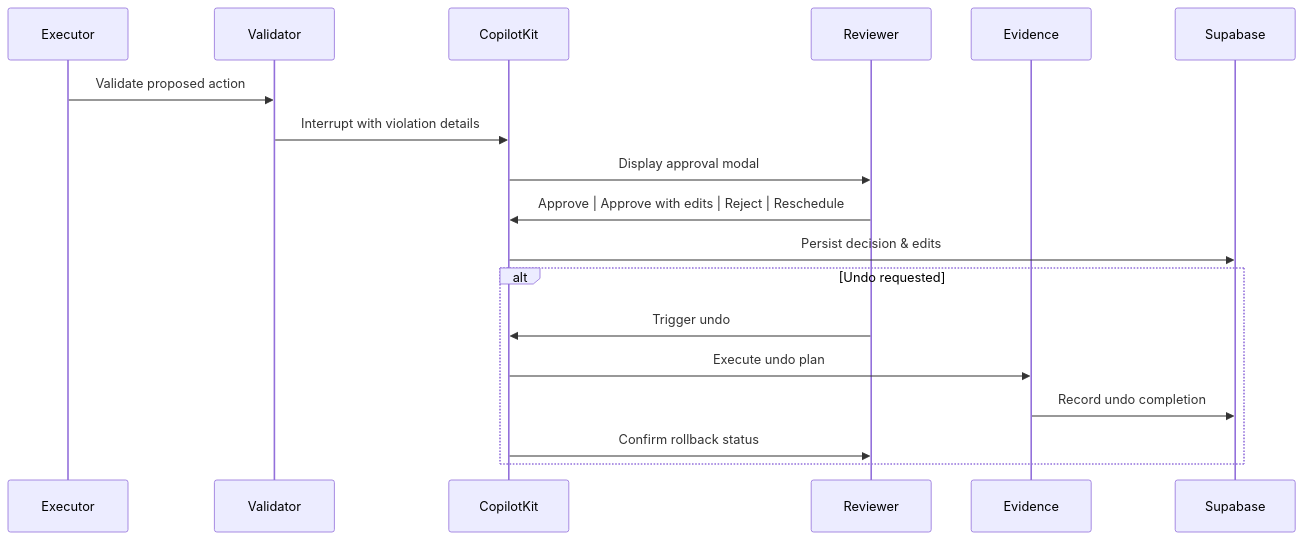
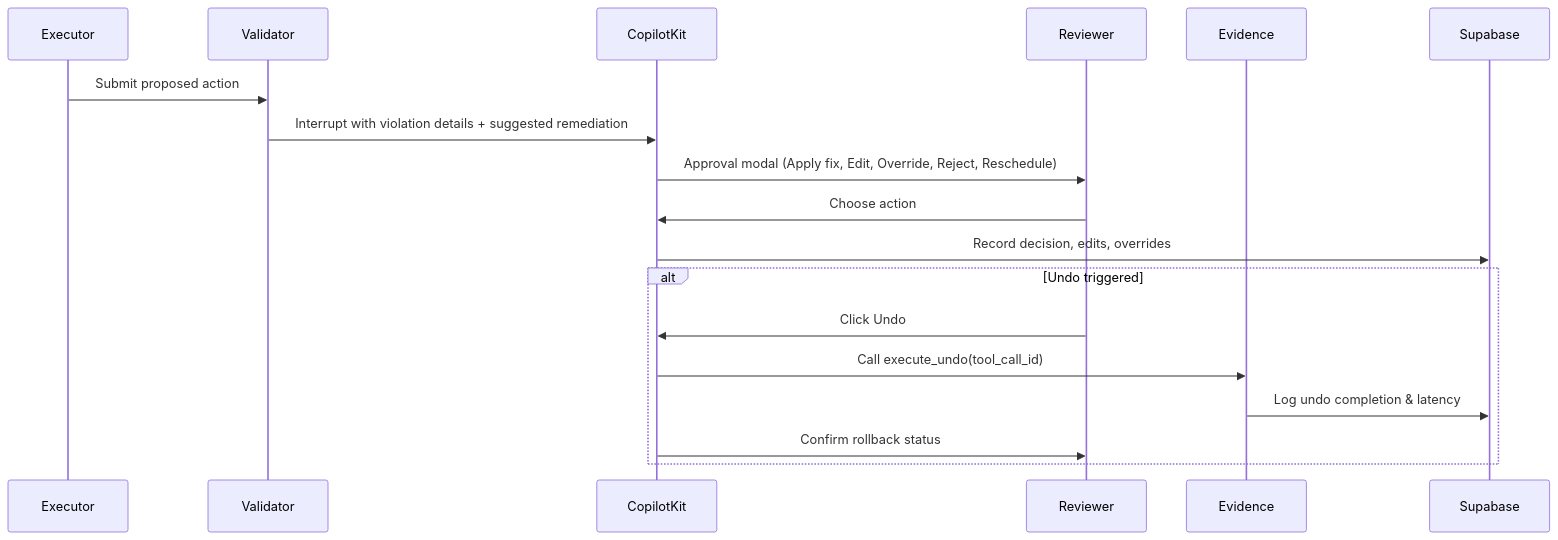
One commit to maxbaluev/ai_employee_0 changed the fourth of 4 diagrams in new_docs/architecture.md. Above: the diagram before and after it, drawn with Mermaid. The commit also changed other lines of this file and 8 other files, not shown here.

````diff
--- a/new_docs/architecture.md
+++ b/new_docs/architecture.md
@@ -225,21 +193,21 @@
 ```mermaid
 sequenceDiagram
     participant Executor
     participant Validator
     participant CopilotKit
     participant Reviewer
     participant Evidence
     participant Supabase
 
-    Executor->>Validator: Validate proposed action
-    Validator->>CopilotKit: Interrupt with violation details
-    CopilotKit->>Reviewer: Display approval modal
-    Reviewer->>CopilotKit: Approve | Approve with edits | Reject | Reschedule
-    CopilotKit->>Supabase: Persist decision & edits
-    alt Undo requested
-        Reviewer->>CopilotKit: Trigger undo
-        CopilotKit->>Evidence: Execute undo plan
-        Evidence->>Supabase: Record undo completion
+    Executor->>Validator: Submit proposed action
+    Validator->>CopilotKit: Interrupt with violation details + suggested remediation
+    CopilotKit->>Reviewer: Approval modal (Apply fix, Edit, Override, Reject, Reschedule)
+    Reviewer->>CopilotKit: Choose action
+    CopilotKit->>Supabase: Record decision, edits, overrides
+    alt Undo triggered
+        Reviewer->>CopilotKit: Click Undo
+        CopilotKit->>Evidence: Call execute_undo(tool_call_id)
+        Evidence->>Supabase: Log undo completion & latency
         CopilotKit->>Reviewer: Confirm rollback status
     end
 ```
````
